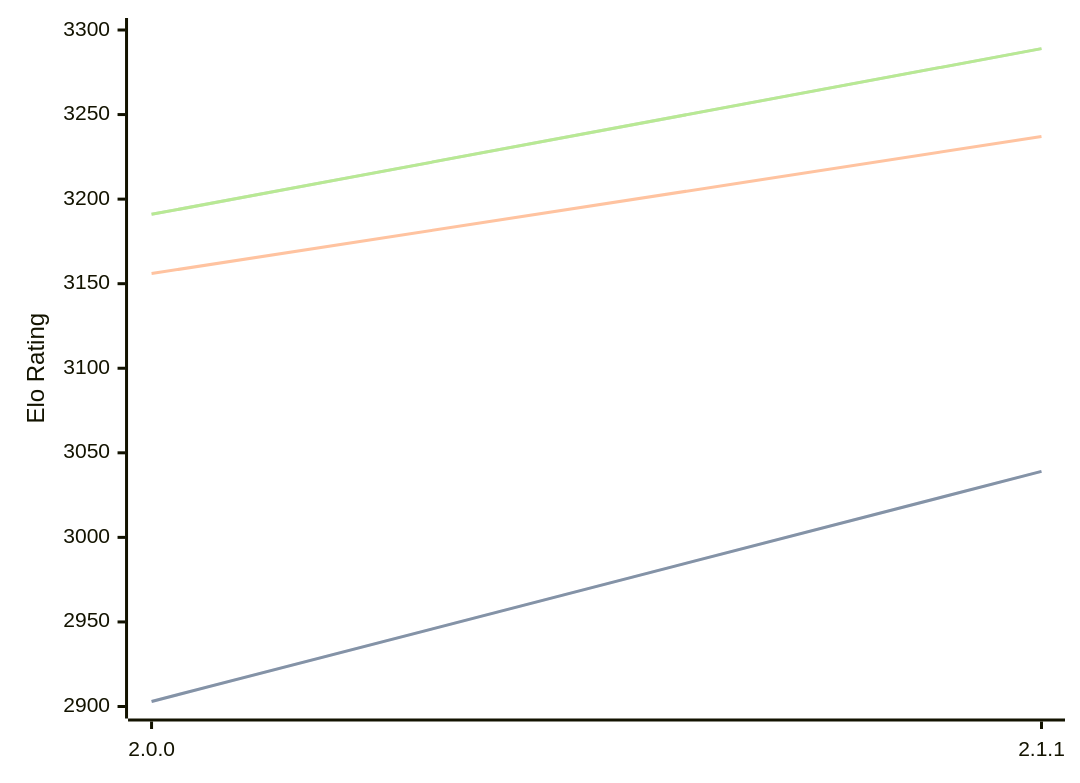
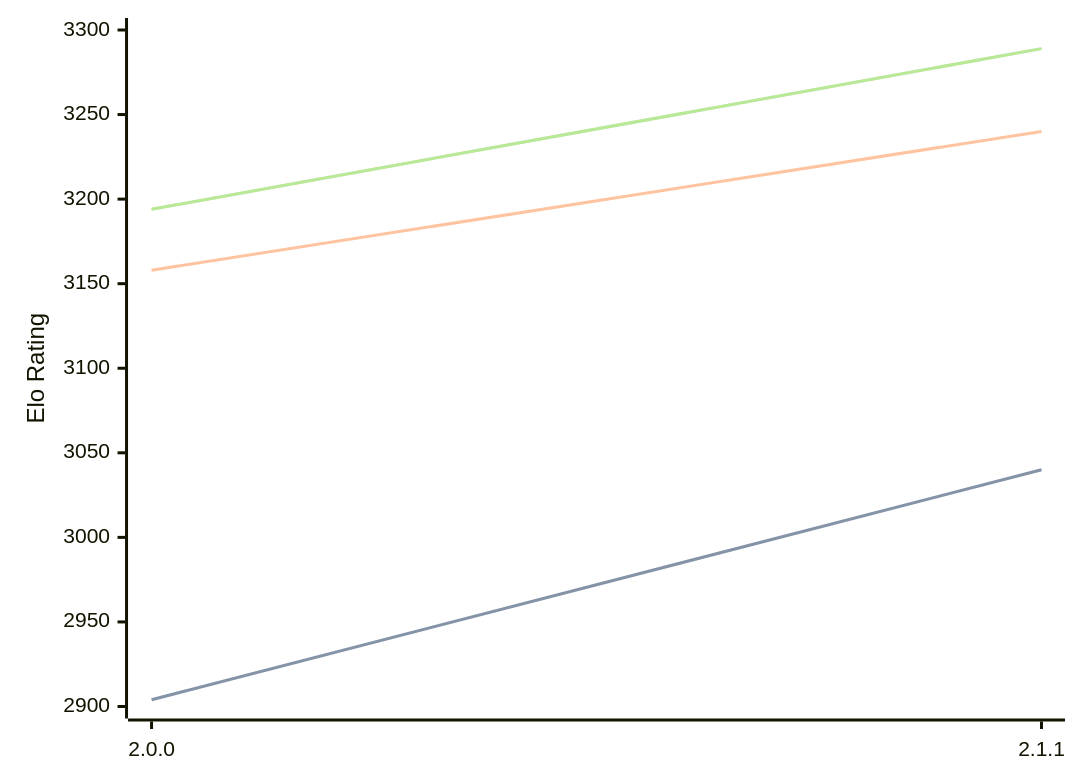
One commit to computer-chess-index/cci changed the diagram in engines/Bread.md. Above: the diagram before and after it, drawn with Mermaid. The commit also changed other lines of this file, not shown here.

Commit message:
Update CCI Ratings (ELO VLTC) - 2026-02-20

````diff
--- a/engines/Bread.md
+++ b/engines/Bread.md
@@ -47,11 +47,11 @@
 ```mermaid
 %%{init: {"theme":"base","themeVariables":{"seriesColors:['#a3a3a3','#222221','#faa371']}}}%%
 xychart-beta
   x-axis ["2.0.0", "2.1.1"]
   y-axis "Elo Rating" 2900 --> 3300
-  line "STC (8.0+0.08s)" [2903, 3039]
-  line "STC (8.0+0.08s)" [2903, 3039]
-  line "LTC (60.0+0.60s)" [3156, 3237]
-  line "VLTC (2m24s+1.12s)" [3191, 3289]
-  line "VLTC (2m24s+1.12s)" [3191, 3289]
+  line "STC (8.0+0.08s)" [2904, 3040]
+  line "STC (8.0+0.08s)" [2904, 3040]
+  line "LTC (60.0+0.60s)" [3158, 3240]
+  line "VLTC (2m24s+1.12s)" [3194, 3289]
+  line "VLTC (2m24s+1.12s)" [3194, 3289]
 ```
````
